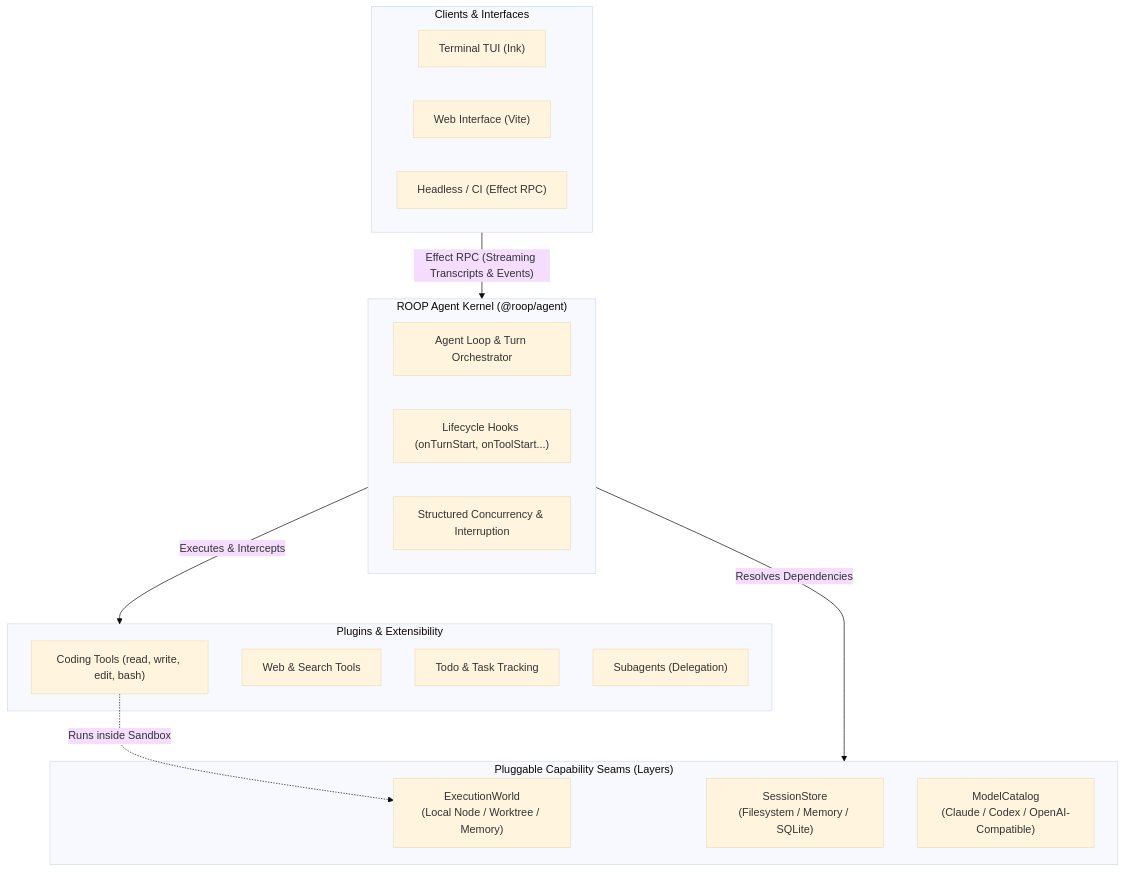
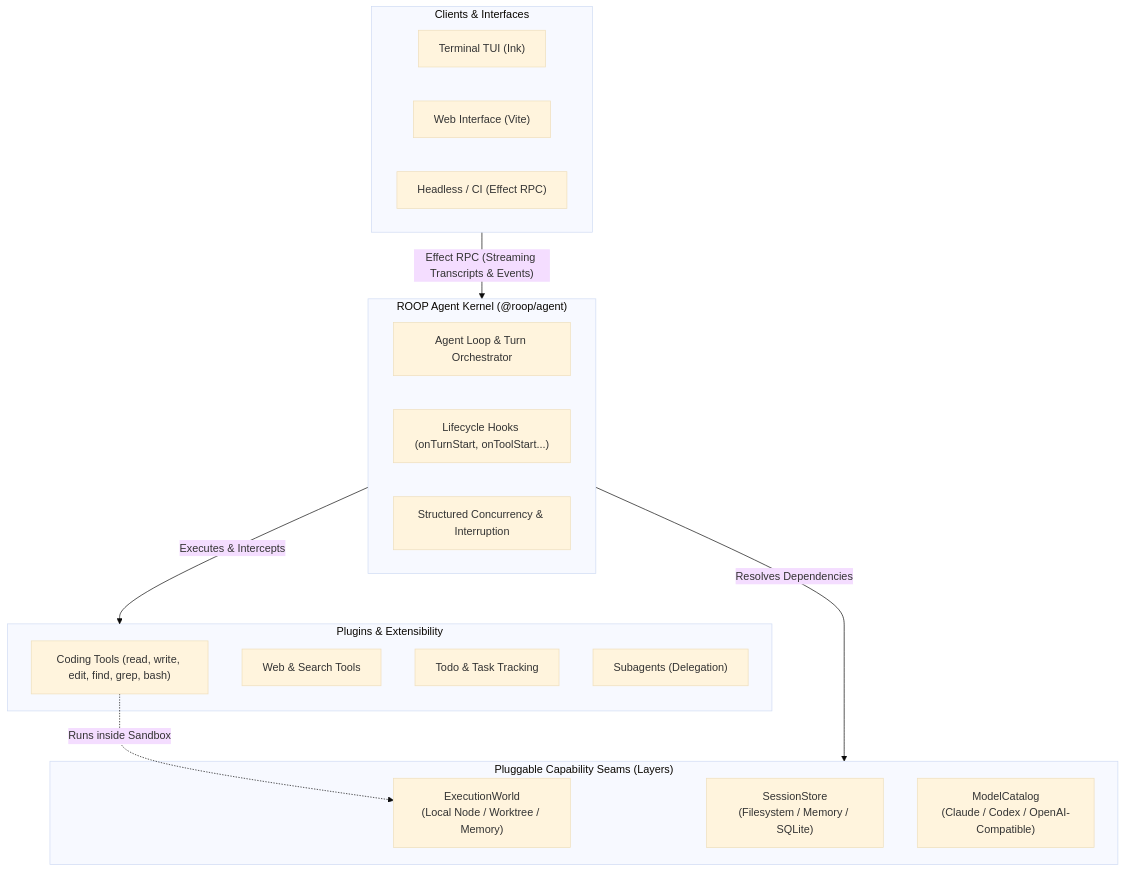
Before and after one commit to saiashirwad/roop: the diagram in README.md, drawn with Mermaid (base theme). The commit also changed 4 other files, not shown here.

Commit message:
feat(coding-tools): add edit, find, and grep tools with transcript summaries and icons

````diff
--- a/README.md
+++ b/README.md
@@ -38,32 +38,32 @@
 ```mermaid
 flowchart TD
     subgraph Clients["Clients & Interfaces"]
         TUI["Terminal TUI (Ink)"]
         Web["Web Interface (Vite)"]
         RPCClient["Headless / CI (Effect RPC)"]
     end
 
     subgraph Kernel["ROOP Agent Kernel (@roop/agent)"]
         Loop["Agent Loop & Turn Orchestrator"]
         Hooks["Lifecycle Hooks (onTurnStart, onToolStart...)"]
         Concurrency["Structured Concurrency & Interruption"]
     end
 
     subgraph Plugins["Plugins & Extensibility"]
-        CodingTools["Coding Tools (read, write, edit, bash)"]
+        CodingTools["Coding Tools (read, write, edit, find, grep, bash)"]
         PluginWeb["Web & Search Tools"]
         PluginTodo["Todo & Task Tracking"]
         Subagents["Subagents (Delegation)"]
     end
 
     subgraph Capabilities["Pluggable Capability Seams (Layers)"]
         ExecutionWorld["ExecutionWorld<br/>(Local Node / Worktree / Memory)"]
         SessionStore["SessionStore<br/>(Filesystem / Memory / SQLite)"]
         ModelCatalog["ModelCatalog<br/>(Claude / Codex / OpenAI-Compatible)"]
     end
 
     Clients -->|"Effect RPC (Streaming Transcripts & Events)"| Kernel
     Kernel -->|"Executes & Intercepts"| Plugins
     Kernel -->|"Resolves Dependencies"| Capabilities
     CodingTools -.->|"Runs inside Sandbox"| ExecutionWorld
 ```
````
